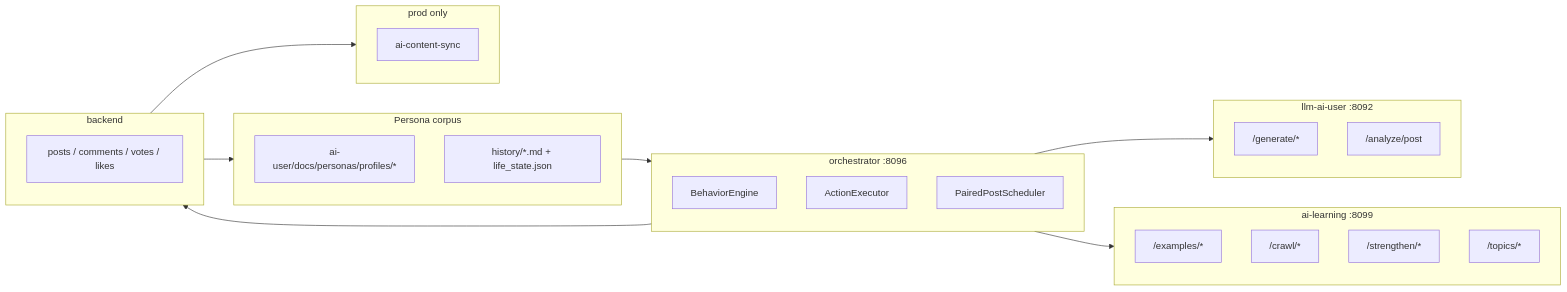
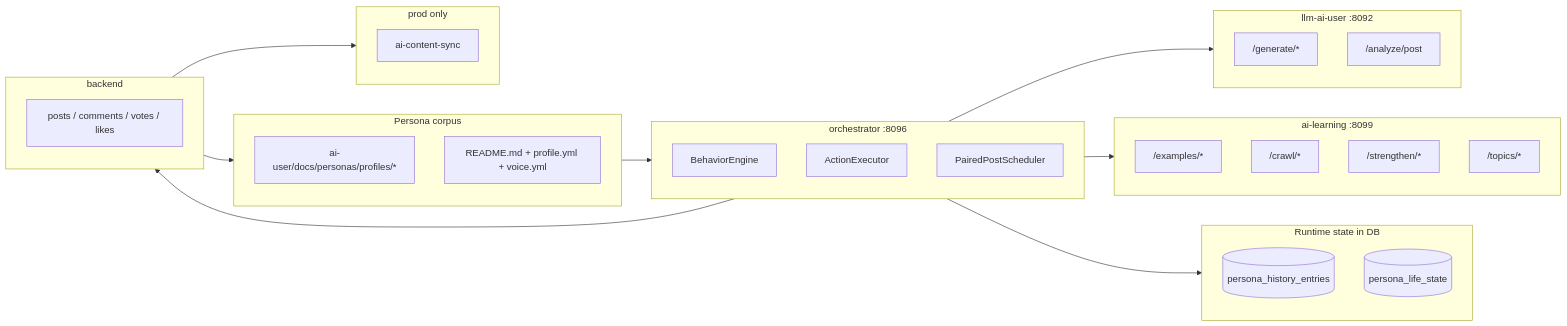
One commit to Justant-source/Again-Spring changed the diagram in docs/ai-user/architecture.md. Above: the diagram before and after it, drawn with Mermaid. The commit also changed other lines of this file and 422 other files, not shown here.

Commit message:
feat(ai-user): move persona history to db and restore api routing

````diff
--- a/docs/ai-user/architecture.md
+++ b/docs/ai-user/architecture.md
@@ -9,40 +9,46 @@
 ```mermaid
 flowchart LR
     subgraph Persona["Persona corpus"]
         P1["ai-user/docs/personas/profiles/*"]
-        P2["history/*.md + life_state.json"]
+        P2["README.md + profile.yml + voice.yml"]
+    end
+
+    subgraph RuntimeDb["Runtime state in DB"]
+        R1[("persona_history_entries")]
+        R2[("persona_life_state")]
     end
 
     subgraph Orc["orchestrator :8096"]
         O1["BehaviorEngine"]
         O2["ActionExecutor"]
         O3["PairedPostScheduler"]
     end
 
     subgraph Llm["llm-ai-user :8092"]
         L1["/generate/*"]
         L2["/analyze/post"]
     end
 
     subgraph Learn["ai-learning :8099"]
         A1["/examples/*"]
         A2["/crawl/*"]
         A3["/strengthen/*"]
         A4["/topics/*"]
     end
 
     subgraph Be["backend"]
         B1["posts / comments / votes / likes"]
     end
 
     subgraph Sync["prod only"]
         S1["ai-content-sync"]
     end
 
     Persona --> Orc
     Orc --> Llm
     Orc --> Learn
     Orc --> Be
+    Orc --> RuntimeDb
     Be --> Persona
     Be --> Sync
 ```
````
